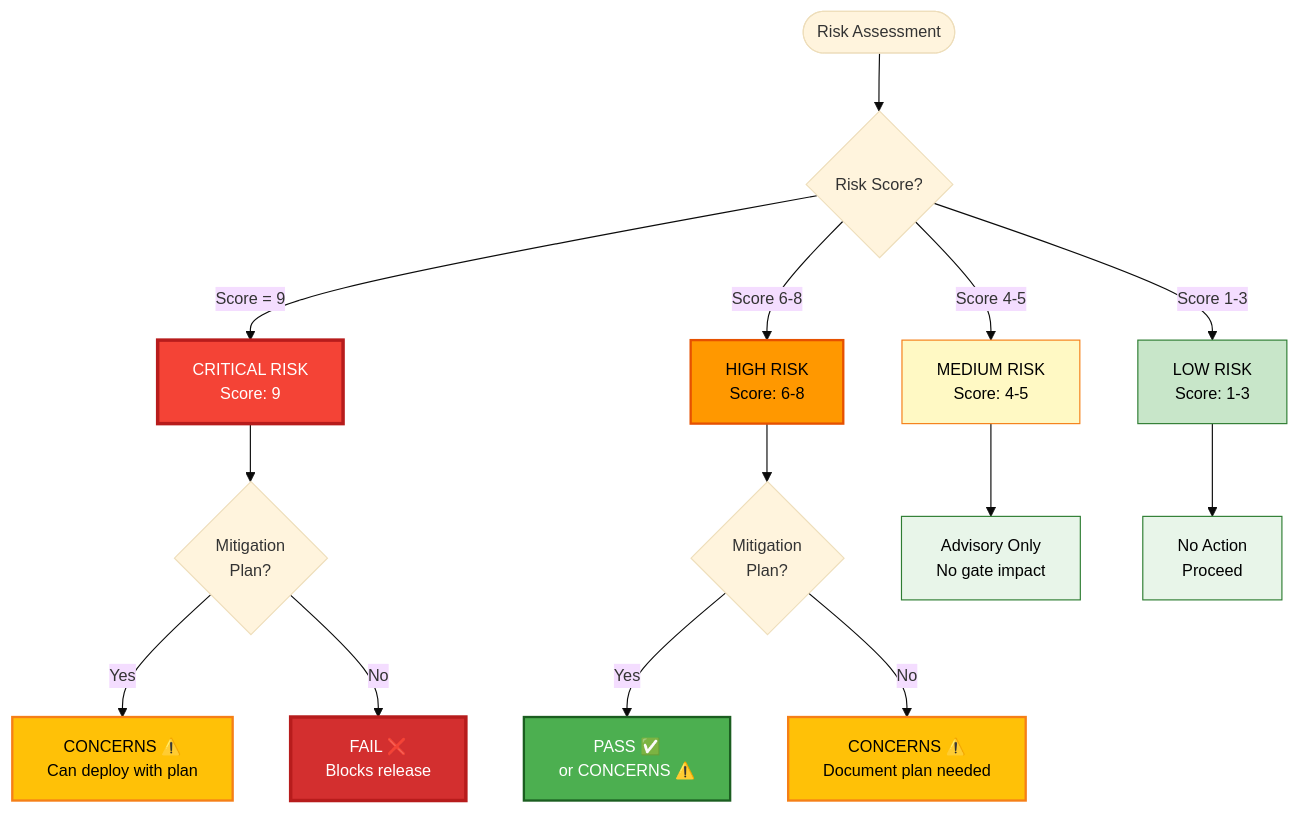
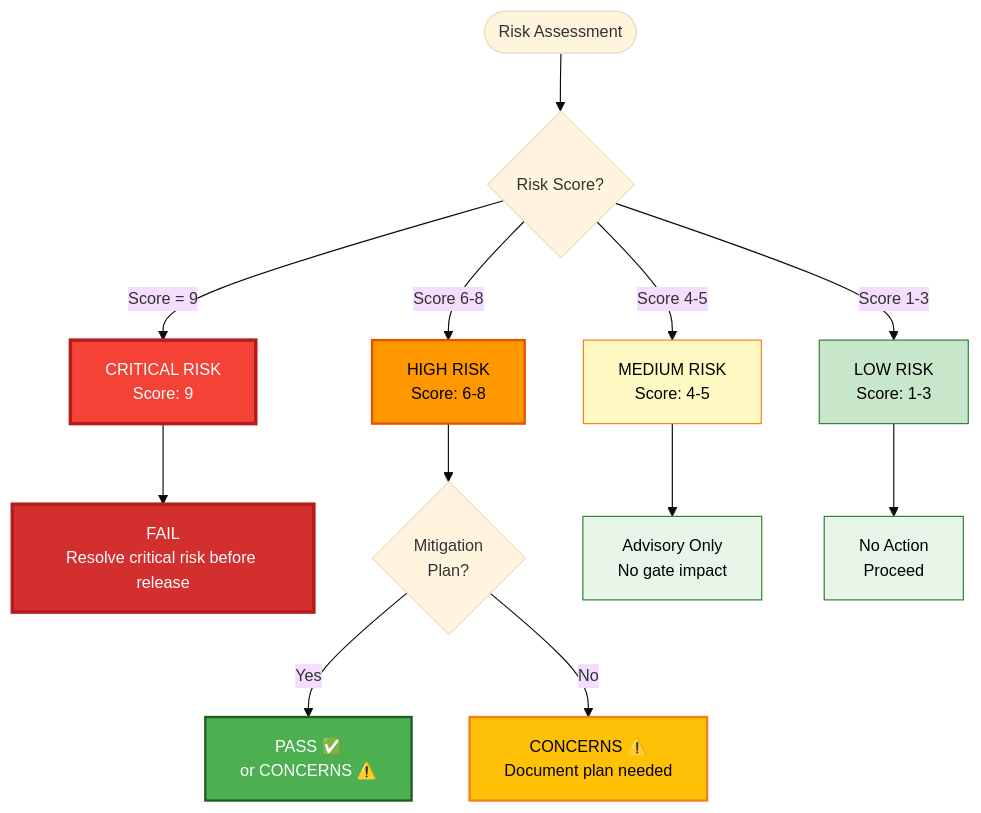
The diagram in docs/explanation/risk-based-testing.md (bmad-code-org/bmad-method-test-architecture-enterprise), drawn with Mermaid before and after one commit. The commit also changed other lines of this file and 96 other files, not shown here.

````diff
--- a/docs/explanation/risk-based-testing.md
+++ b/docs/explanation/risk-based-testing.md
@@ -52,32 +54,29 @@
 ```mermaid
 %%{init: {'theme':'base', 'themeVariables': { 'fontSize':'14px'}}}%%
 flowchart TD
     Start([Risk Assessment]) --> Score{Risk Score?}
 
     Score -->|Score = 9| Critical[CRITICAL RISK<br/>Score: 9]
     Score -->|Score 6-8| High[HIGH RISK<br/>Score: 6-8]
     Score -->|Score 4-5| Medium[MEDIUM RISK<br/>Score: 4-5]
     Score -->|Score 1-3| Low[LOW RISK<br/>Score: 1-3]
 
-    Critical --> HasMit9{Mitigation<br/>Plan?}
-    HasMit9 -->|Yes| Concerns9[CONCERNS ⚠️<br/>Can deploy with plan]
-    HasMit9 -->|No| Fail[FAIL ❌<br/>Blocks release]
+    Critical --> Fail[FAIL<br/>Resolve critical risk before release]
 
     High --> HasMit6{Mitigation<br/>Plan?}
     HasMit6 -->|Yes| Pass6[PASS ✅<br/>or CONCERNS ⚠️]
     HasMit6 -->|No| Concerns6[CONCERNS ⚠️<br/>Document plan needed]
 
     Medium --> Advisory[Advisory Only<br/>No gate impact]
     Low --> NoAction[No Action<br/>Proceed]
 
     style Critical fill:#f44336,stroke:#b71c1c,stroke-width:3px,color:#fff
     style Fail fill:#d32f2f,stroke:#b71c1c,stroke-width:3px,color:#fff
     style High fill:#ff9800,stroke:#e65100,stroke-width:2px,color:#000
-    style Concerns9 fill:#ffc107,stroke:#f57f17,stroke-width:2px,color:#000
     style Concerns6 fill:#ffc107,stroke:#f57f17,stroke-width:2px,color:#000
     style Pass6 fill:#4caf50,stroke:#1b5e20,stroke-width:2px,color:#fff
     style Medium fill:#fff9c4,stroke:#f57f17,stroke-width:1px,color:#000
     style Low fill:#c8e6c9,stroke:#2e7d32,stroke-width:1px,color:#000
     style Advisory fill:#e8f5e9,stroke:#2e7d32,stroke-width:1px,color:#000
     style NoAction fill:#e8f5e9,stroke:#2e7d32,stroke-width:1px,color:#000
 ```
````
